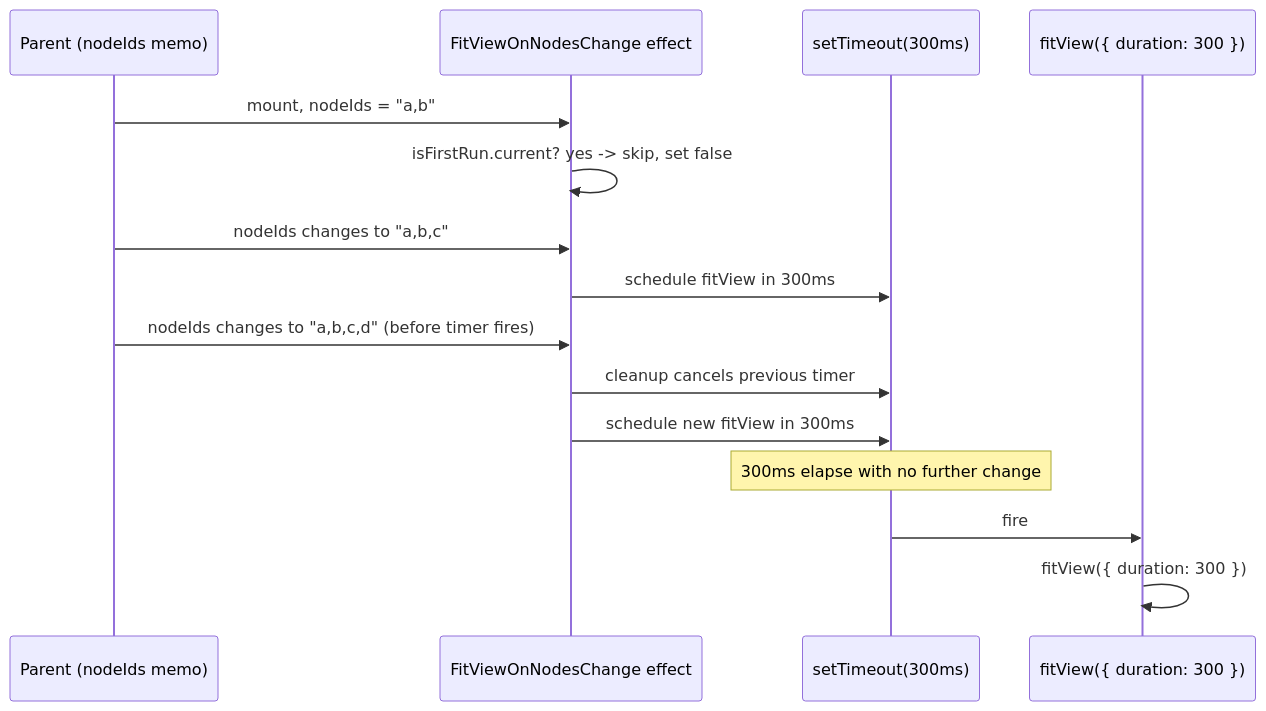
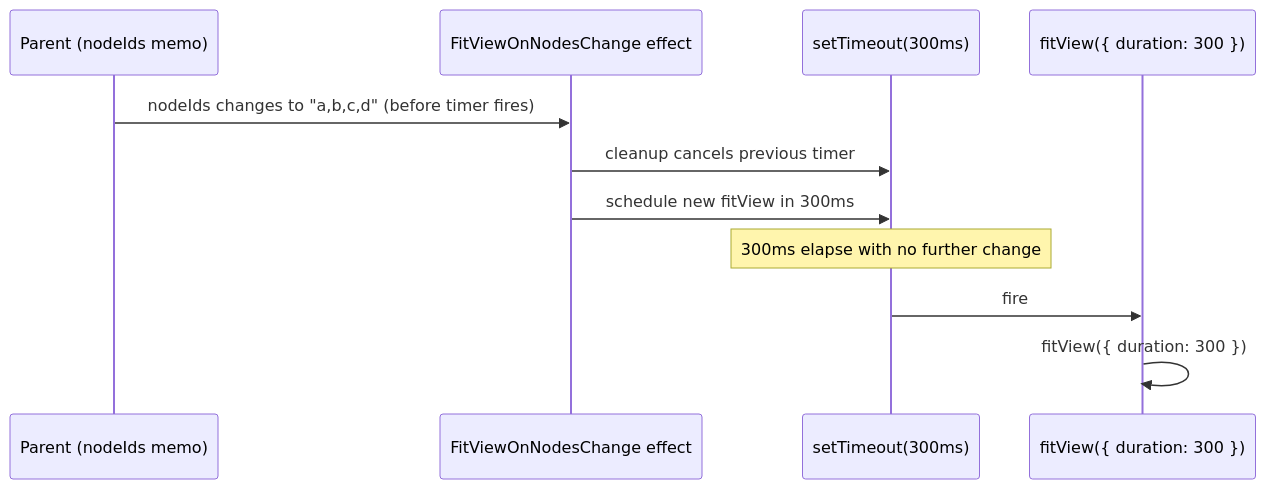
Before and after one commit to jgyy/architect-model: the second of 2 diagrams in docs/categories/fitview-debounce.md, drawn with Mermaid. The commit also changed other lines of this file and 31 other files, not shown here.

Commit message:
docs: split mermaids into 2 for easier viewing (#52)

````diff
--- a/docs/categories/fitview-debounce.md
+++ b/docs/categories/fitview-debounce.md
@@ -7,21 +24,15 @@
 ```mermaid
 sequenceDiagram
     participant P as Parent (nodeIds memo)
     participant E as FitViewOnNodesChange effect
     participant T as setTimeout(300ms)
     participant F as fitView({ duration: 300 })
-
-    P->>E: mount, nodeIds = "a,b"
-    E->>E: isFirstRun.current? yes -> skip, set false
-
-    P->>E: nodeIds changes to "a,b,c"
-    E->>T: schedule fitView in 300ms
 
     P->>E: nodeIds changes to "a,b,c,d" (before timer fires)
     E->>T: cleanup cancels previous timer
     E->>T: schedule new fitView in 300ms
 
     Note over T: 300ms elapse with no further change
     T->>F: fire
     F->>F: fitView({ duration: 300 })
 ```
````
